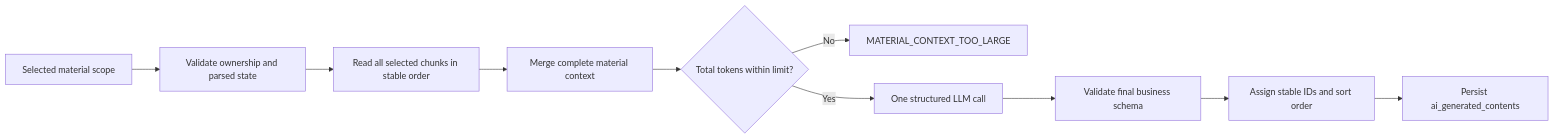
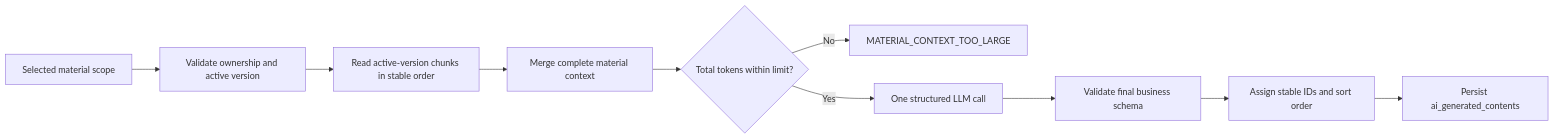
One commit to cyruan815/CourseNexus changed the diagram in docs/domains/generated-content/architecture.md. Above: the diagram before and after it, drawn with Mermaid. The commit also changed other lines of this file and 1 other file, not shown here.

Commit message:
docs(generation): 记录独立生成版本快照

````diff
--- a/docs/domains/generated-content/architecture.md
+++ b/docs/domains/generated-content/architecture.md
@@ -5,12 +5,12 @@
 ```mermaid
 flowchart LR
-  A[Selected material scope] --> B[Validate ownership and parsed state]
-  B --> C[Read all selected chunks in stable order]
+  A[Selected material scope] --> B[Validate ownership and active version]
+  B --> C[Read active-version chunks in stable order]
   C --> D[Merge complete material context]
   D --> E{Total tokens within limit?}
   E -- No --> F[MATERIAL_CONTEXT_TOO_LARGE]
   E -- Yes --> G[One structured LLM call]
   G --> H[Validate final business schema]
   H --> I[Assign stable IDs and sort order]
   I --> J[Persist ai_generated_contents]
 ```
````
